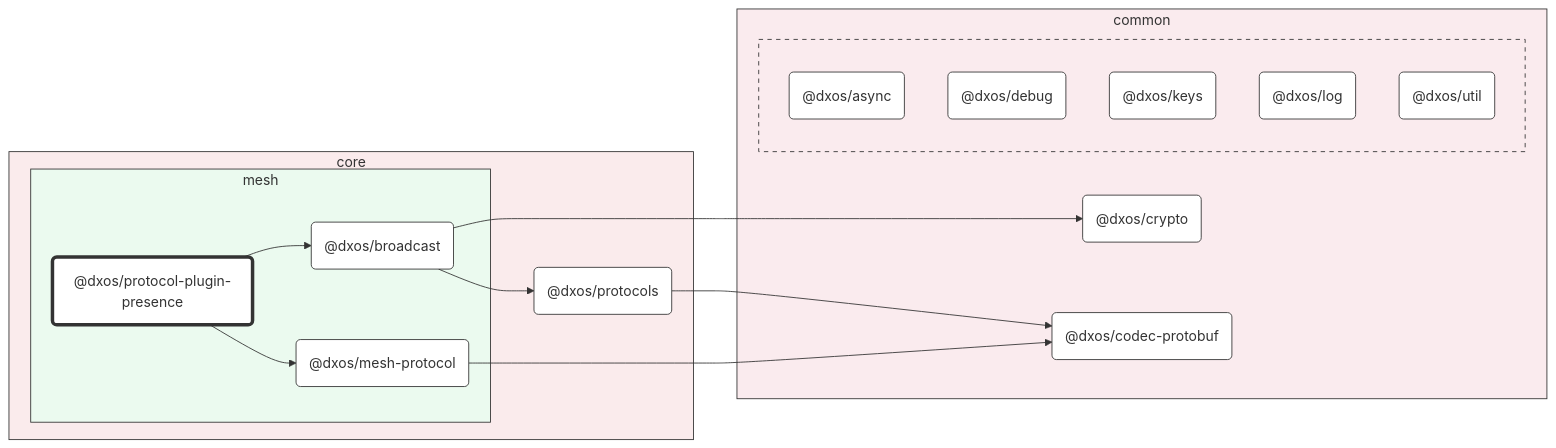
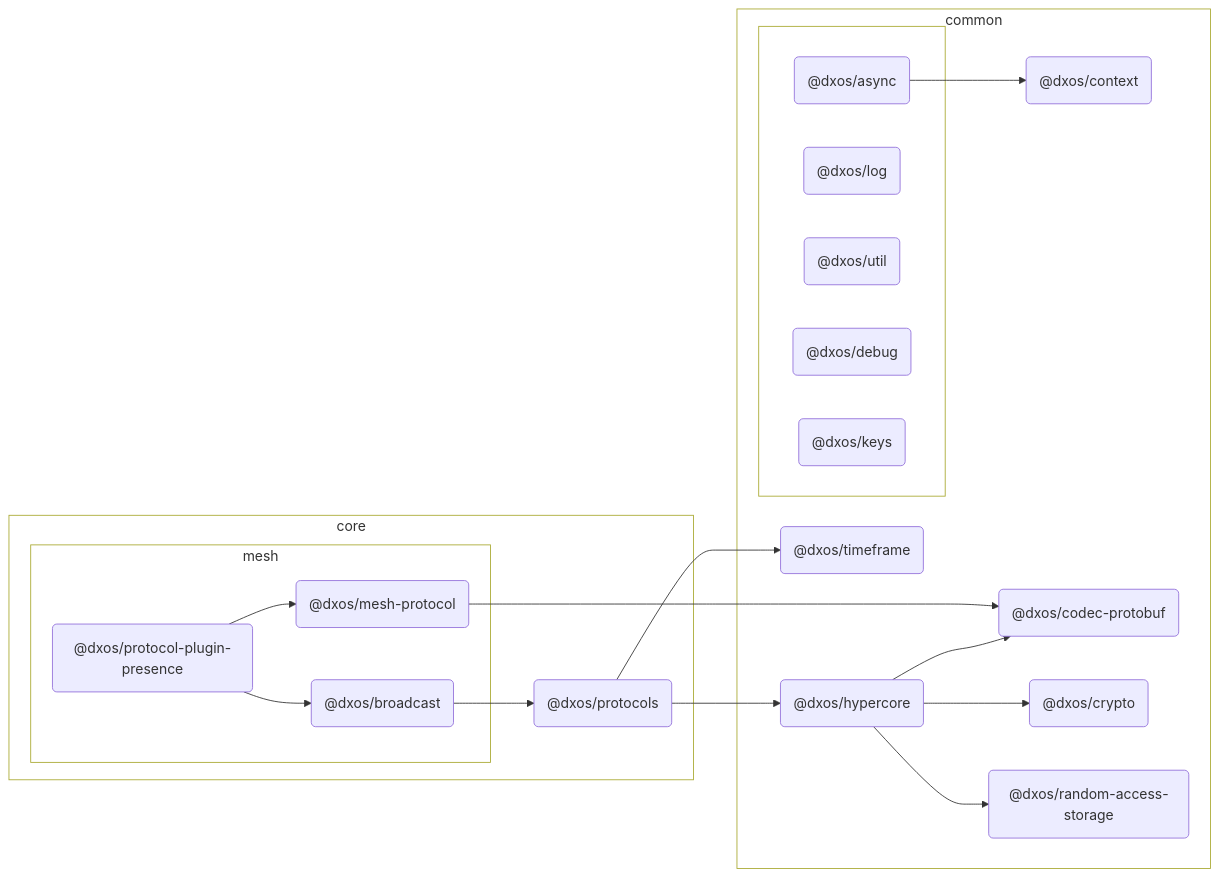
The diagram in packages/core/mesh/protocol-plugin-presence/docs/README.md (dxos/dxos), drawn with Mermaid before and after one commit. The commit also changed other lines of this file and 126 other files, not shown here.

````diff
--- a/packages/core/mesh/protocol-plugin-presence/docs/README.md
+++ b/packages/core/mesh/protocol-plugin-presence/docs/README.md
@@ -7,58 +7,69 @@
 ```mermaid
 %%{ init: {'flowchart':{'curve':'basis'}} }%%
 
 flowchart LR
 
 %% Classes
-classDef def fill:#fff,stroke:#333,stroke-width:1px
-classDef root fill:#fff,stroke:#333,stroke-width:4px
+
+
 
 %% Nodes
 
 subgraph core [core]
-  style core fill:#faebec,stroke:#333
+  style core fill:transparent
   dxos/protocols("@dxos/protocols"):::def
   click dxos/protocols "dxos/dxos/tree/main/packages/core/protocols/docs"
 
   subgraph mesh [mesh]
-    style mesh fill:#ebfaef,stroke:#333
+    style mesh fill:transparent
     dxos/protocol-plugin-presence("@dxos/protocol-plugin-presence"):::root
     click dxos/protocol-plugin-presence "dxos/dxos/tree/main/packages/core/mesh/protocol-plugin-presence/docs"
     dxos/broadcast("@dxos/broadcast"):::def
     click dxos/broadcast "dxos/dxos/tree/main/packages/core/mesh/broadcast/docs"
     dxos/mesh-protocol("@dxos/mesh-protocol"):::def
     click dxos/mesh-protocol "dxos/dxos/tree/main/packages/core/mesh/mesh-protocol/docs"
   end
 end
 
 subgraph common [common]
-  style common fill:#faebee,stroke:#333
+  style common fill:transparent
+  dxos/context("@dxos/context"):::def
+  click dxos/context "dxos/dxos/tree/main/packages/common/context/docs"
   dxos/codec-protobuf("@dxos/codec-protobuf"):::def
   click dxos/codec-protobuf "dxos/dxos/tree/main/packages/common/codec-protobuf/docs"
   dxos/crypto("@dxos/crypto"):::def
   click dxos/crypto "dxos/dxos/tree/main/packages/common/crypto/docs"
+  dxos/hypercore("@dxos/hypercore"):::def
+  click dxos/hypercore "dxos/dxos/tree/main/packages/common/hypercore/docs"
+  dxos/random-access-storage("@dxos/random-access-storage"):::def
+  click dxos/random-access-storage "dxos/dxos/tree/main/packages/common/random-access-storage/docs"
+  dxos/timeframe("@dxos/timeframe"):::def
+  click dxos/timeframe "dxos/dxos/tree/main/packages/common/timeframe/docs"
 
   subgraph _ [ ]
-    style _ fill:#faebee,stroke:#333,stroke-dasharray:5 5
+    style _ fill:transparent
     dxos/async("@dxos/async"):::def
     click dxos/async "dxos/dxos/tree/main/packages/common/async/docs"
+    dxos/log("@dxos/log"):::def
+    click dxos/log "dxos/dxos/tree/main/packages/common/log/docs"
+    dxos/util("@dxos/util"):::def
+    click dxos/util "dxos/dxos/tree/main/packages/common/util/docs"
     dxos/debug("@dxos/debug"):::def
     click dxos/debug "dxos/dxos/tree/main/packages/common/debug/docs"
     dxos/keys("@dxos/keys"):::def
     click dxos/keys "dxos/dxos/tree/main/packages/common/keys/docs"
-    dxos/log("@dxos/log"):::def
-    click dxos/log "dxos/dxos/tree/main/packages/common/log/docs"
-    dxos/util("@dxos/util"):::def
-    click dxos/util "dxos/dxos/tree/main/packages/common/util/docs"
   end
 end
 
 %% Links
-linkStyle default stroke:#333,stroke-width:1px
 dxos/protocol-plugin-presence --> dxos/broadcast
-dxos/broadcast --> dxos/crypto
+dxos/async --> dxos/context
 dxos/broadcast --> dxos/protocols
-dxos/protocols --> dxos/codec-protobuf
+dxos/protocols --> dxos/hypercore
+dxos/hypercore --> dxos/codec-protobuf
+dxos/hypercore --> dxos/crypto
+dxos/hypercore --> dxos/random-access-storage
+dxos/protocols --> dxos/timeframe
 dxos/protocol-plugin-presence --> dxos/mesh-protocol
 dxos/mesh-protocol --> dxos/codec-protobuf
 ```
````
